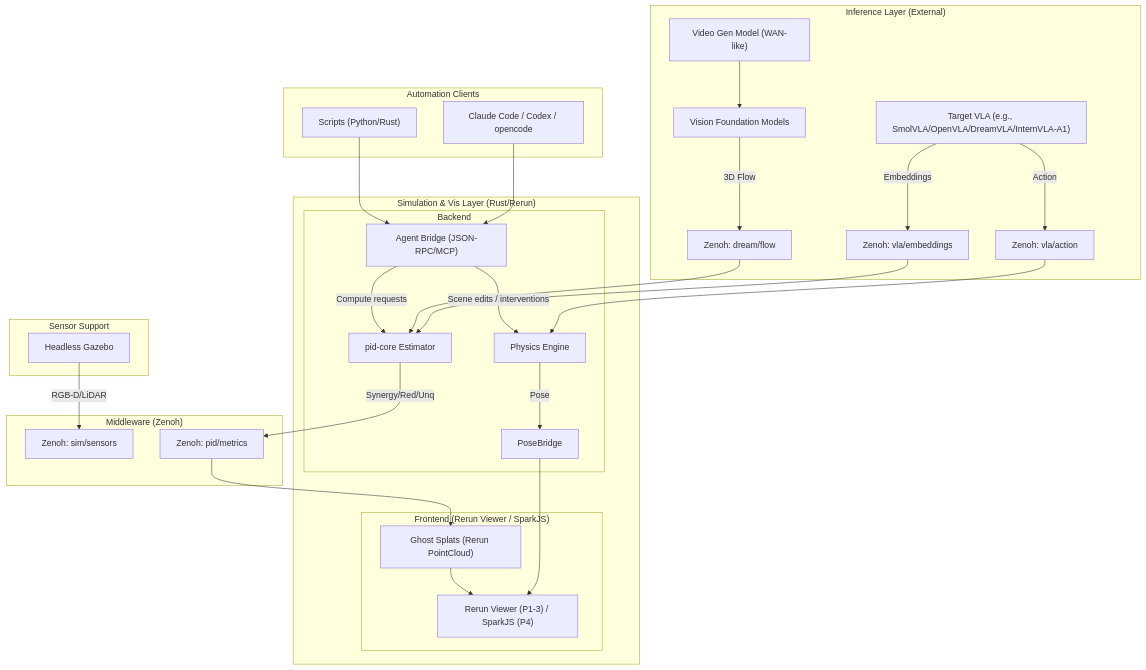
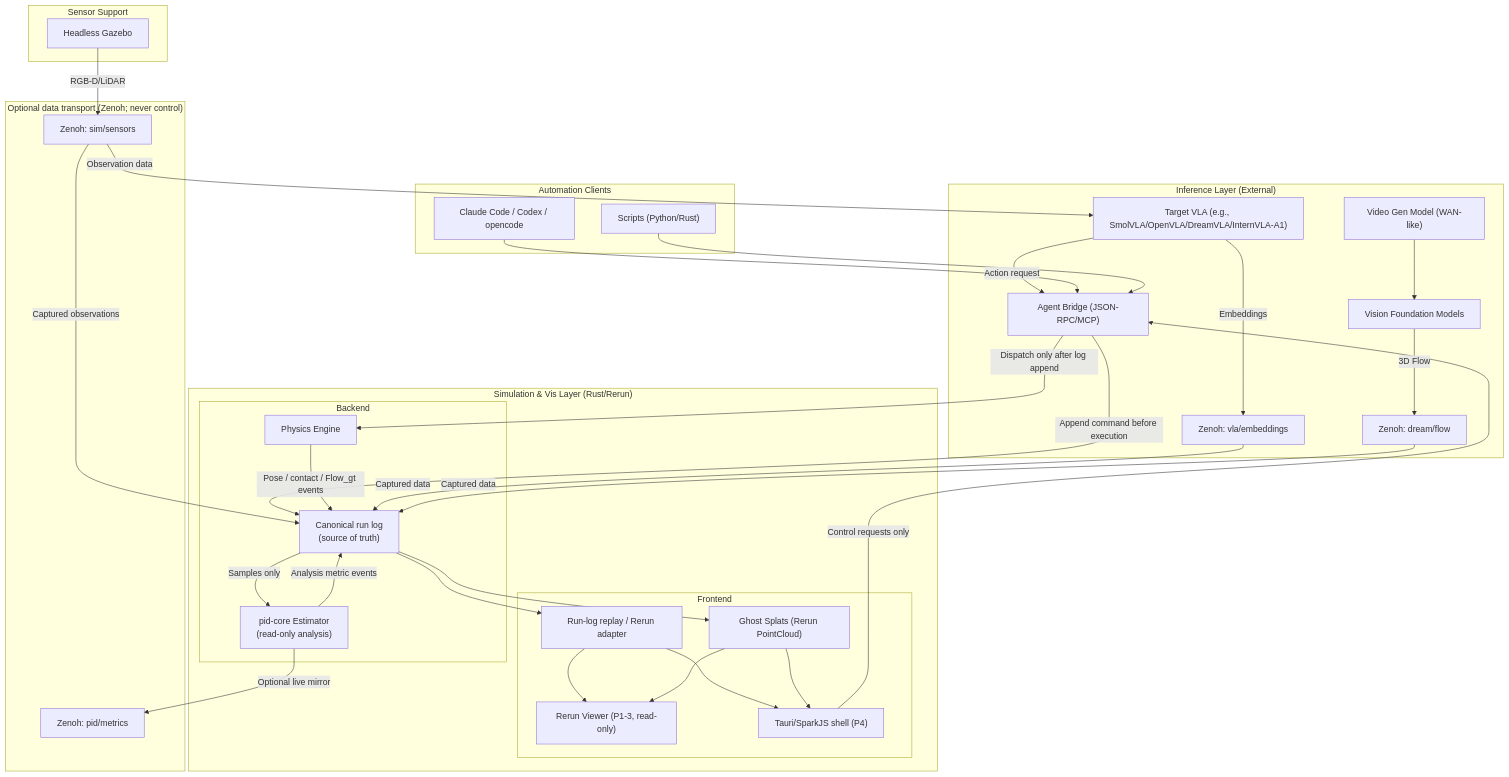
Before and after one commit to sepahead/prisoma: the fourth of 18 diagrams in DIAGRAMS.md, drawn with Mermaid. The commit also changed other lines of this file and 20 other files, not shown here.

````diff
--- a/DIAGRAMS.md
+++ b/DIAGRAMS.md
@@ -128,60 +131,68 @@
 ```mermaid
 graph TD
     subgraph "Automation Clients"
         Claude[Claude Code / Codex / opencode]
         Scripts["Scripts (Python/Rust)"]
     end
 
     subgraph "Inference Layer (External)"
         VLA["Target VLA (e.g., SmolVLA/OpenVLA/DreamVLA/InternVLA‑A1)"]
         WAN["Video Gen Model (WAN-like)"]
         VFM[Vision Foundation Models]
-        
-        VLA -->|Action| Z_ACT[Zenoh: vla/action]
+
+        VLA -->|Action request| Agent
         VLA -->|Embeddings| Z_EMB[Zenoh: vla/embeddings]
         WAN --> VFM
         VFM -->|3D Flow| Z_FLOW[Zenoh: dream/flow]
     end
 
-    subgraph "Middleware (Zenoh)"
-        Z_ACT
+    subgraph "Optional data transport (Zenoh; never control)"
         Z_EMB
         Z_FLOW
         Z_SENS[Zenoh: sim/sensors]
         Z_PID[Zenoh: pid/metrics]
     end
 
     subgraph "Simulation & Vis Layer (Rust/Rerun)"
         subgraph "Backend"
             Phys[Physics Engine]
-            PID_Core[pid-core Estimator]
+            PID_Core["pid-core Estimator<br/>(read-only analysis)"]
             Agent["Agent Bridge (JSON-RPC/MCP)"]
-            
-            Z_ACT --> Phys
-            Phys -->|Pose| PoseBridge
-            
-            Z_EMB --> PID_Core
-            Z_FLOW --> PID_Core
-            PID_Core -->|Synergy/Red/Unq| Z_PID
+            Log["Canonical run log<br/>(source of truth)"]
+
+            Agent -->|Append command before execution| Log
+            Agent -->|Dispatch only after log append| Phys
+            Phys -->|Pose / contact / Flow_gt events| Log
+
+            Z_EMB -->|Captured data| Log
+            Z_FLOW -->|Captured data| Log
+            Log -->|Samples only| PID_Core
+            PID_Core -->|Analysis metric events| Log
+            PID_Core -->|Optional live mirror| Z_PID
 
             Claude --> Agent
             Scripts --> Agent
-            Agent -->|Scene edits / interventions| Phys
-            Agent -->|Compute requests| PID_Core
         end
-        
-        subgraph "Frontend (Rerun Viewer / SparkJS)"
-            Vis["Rerun Viewer (P1-3) / SparkJS (P4)"]
+
+        subgraph "Frontend"
+            Replay["Run-log replay / Rerun adapter"]
+            Rerun["Rerun Viewer (P1-3, read-only)"]
+            Spark["Tauri/SparkJS shell (P4)"]
             Ghost["Ghost Splats (Rerun PointCloud)"]
-            
-            PoseBridge --> Vis
-            Z_PID --> Ghost
-            Ghost --> Vis
+
+            Log --> Replay --> Rerun
+            Replay --> Spark
+            Log --> Ghost
+            Ghost --> Rerun
+            Ghost --> Spark
+            Spark -->|Control requests only| Agent
         end
     end
 
     subgraph "Sensor Support"
         Gazebo[Headless Gazebo]
         Gazebo -->|RGB-D/LiDAR| Z_SENS
+        Z_SENS -->|Captured observations| Log
+        Z_SENS -->|Observation data| VLA
     end
 ```
````
